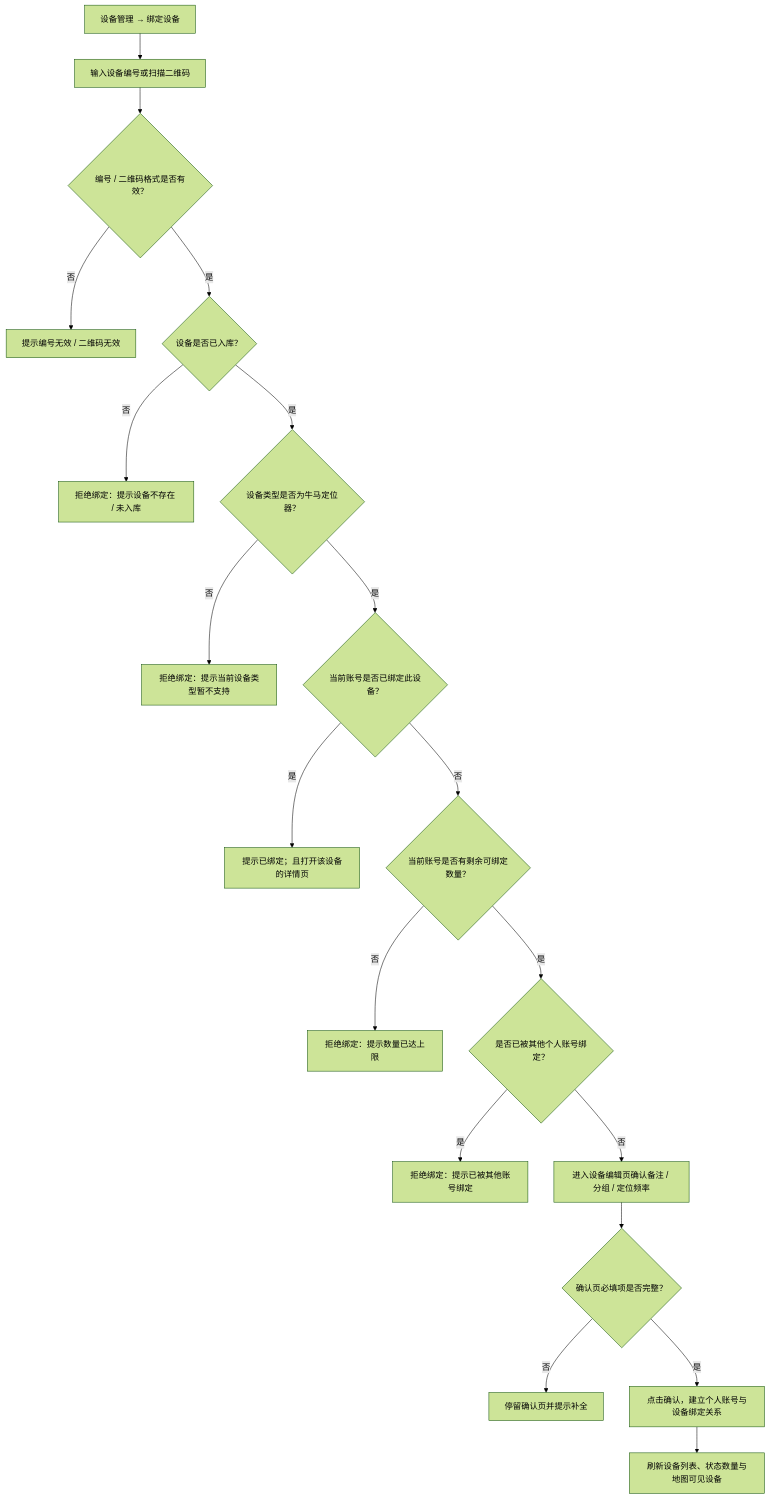
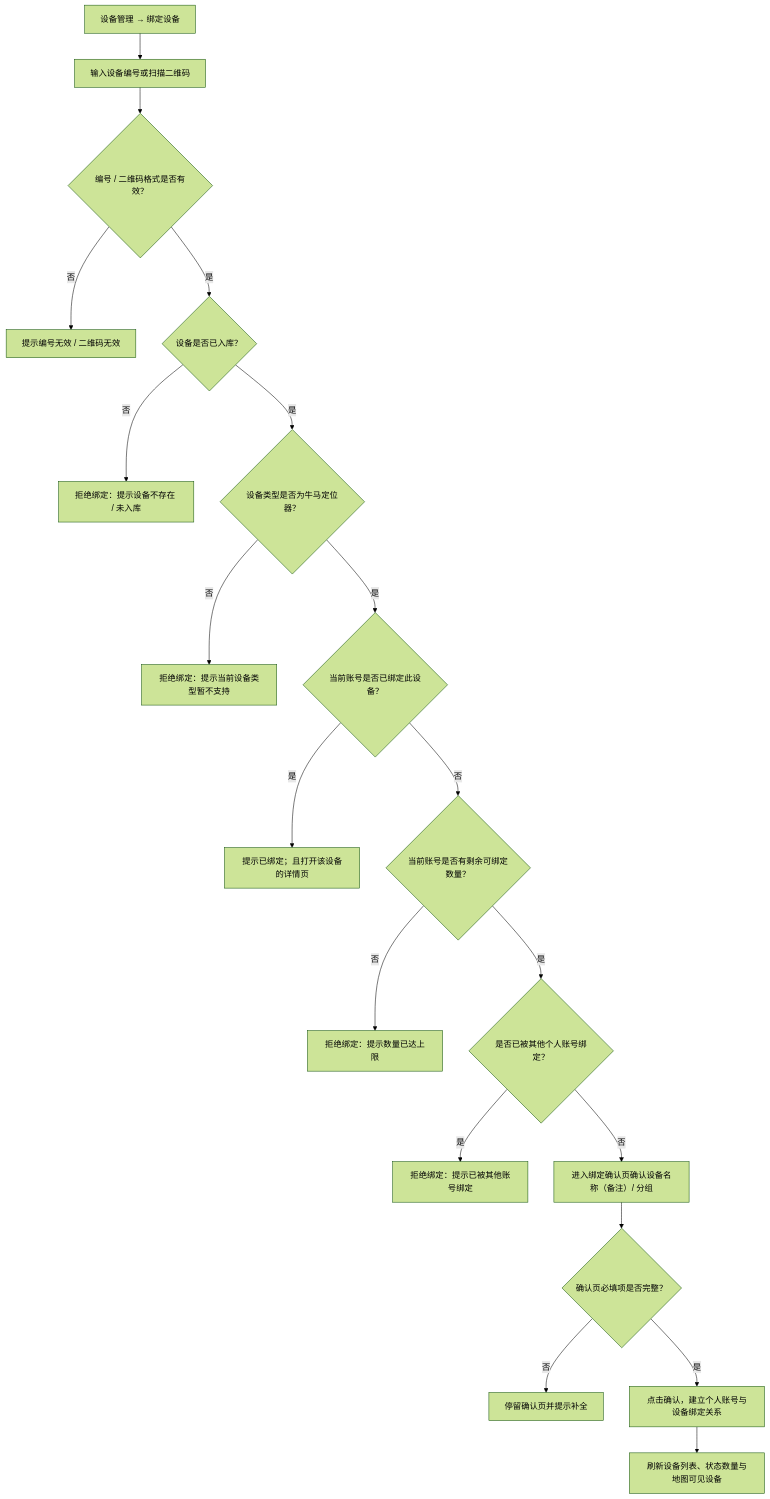
One commit to CuMgNa/skills changed the fifth of 15 diagrams in docs/manuals/革泰/逻辑大纲/革泰 APP 设备管理逻辑点梳理 plan.md. Above: the diagram before and after it, drawn with Mermaid (forest theme). The commit also changed other lines of this file and 75 other files, not shown here.

````diff
--- a/docs/manuals/革泰/逻辑大纲/革泰 APP 设备管理逻辑点梳理 plan.md
+++ b/docs/manuals/革泰/逻辑大纲/革泰 APP 设备管理逻辑点梳理 plan.md
@@ -227,21 +389,21 @@
 ```mermaid
 flowchart TD
     A["设备管理 → 绑定设备"] --> B["输入设备编号或扫描二维码"]
     B --> C{"编号 / 二维码格式是否有效？"}
     C -->|"否"| C1["提示编号无效 / 二维码无效"]
     C -->|"是"| D{"设备是否已入库？"}
     D -->|"否"| D1["拒绝绑定：提示设备不存在 / 未入库"]
     D -->|"是"| E{"设备类型是否为牛马定位器？"}
     E -->|"否"| E1["拒绝绑定：提示当前设备类型暂不支持"]
     E -->|"是"| F{"当前账号是否已绑定此设备？"}
     F -->|"是"| F1["提示已绑定；且打开该设备的详情页"]
     F -->|"否"| G{"当前账号是否有剩余可绑定数量？"}
     G -->|"否"| G1["拒绝绑定：提示数量已达上限"]
     G -->|"是"| H{"是否已被其他个人账号绑定？"}
     H -->|"是"| H1["拒绝绑定：提示已被其他账号绑定"]
-    H -->|"否"| I["进入设备编辑页确认备注 / 分组 / 定位频率"]
+    H -->|"否"| I["进入绑定确认页确认设备名称（备注）/ 分组"]
     I --> J{"确认页必填项是否完整？"}
     J -->|"否"| J1["停留确认页并提示补全"]
     J -->|"是"| K["点击确认，建立个人账号与设备绑定关系"]
     K --> L["刷新设备列表、状态数量与地图可见设备"]
 ```
````
